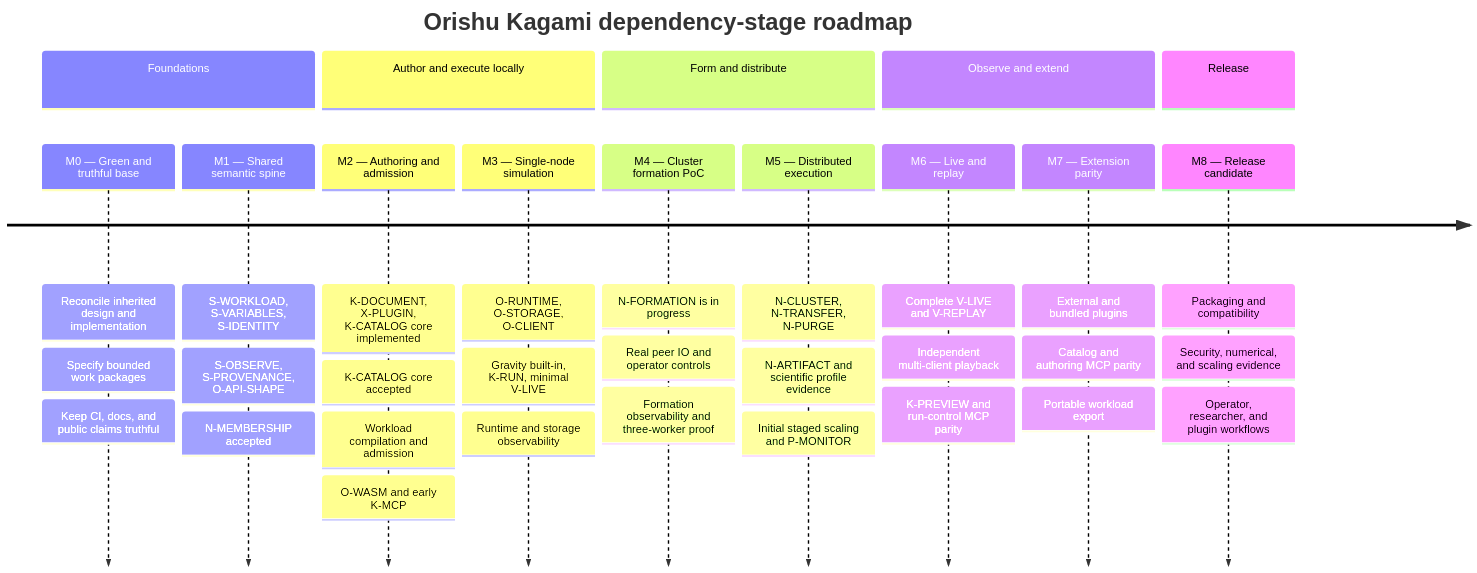
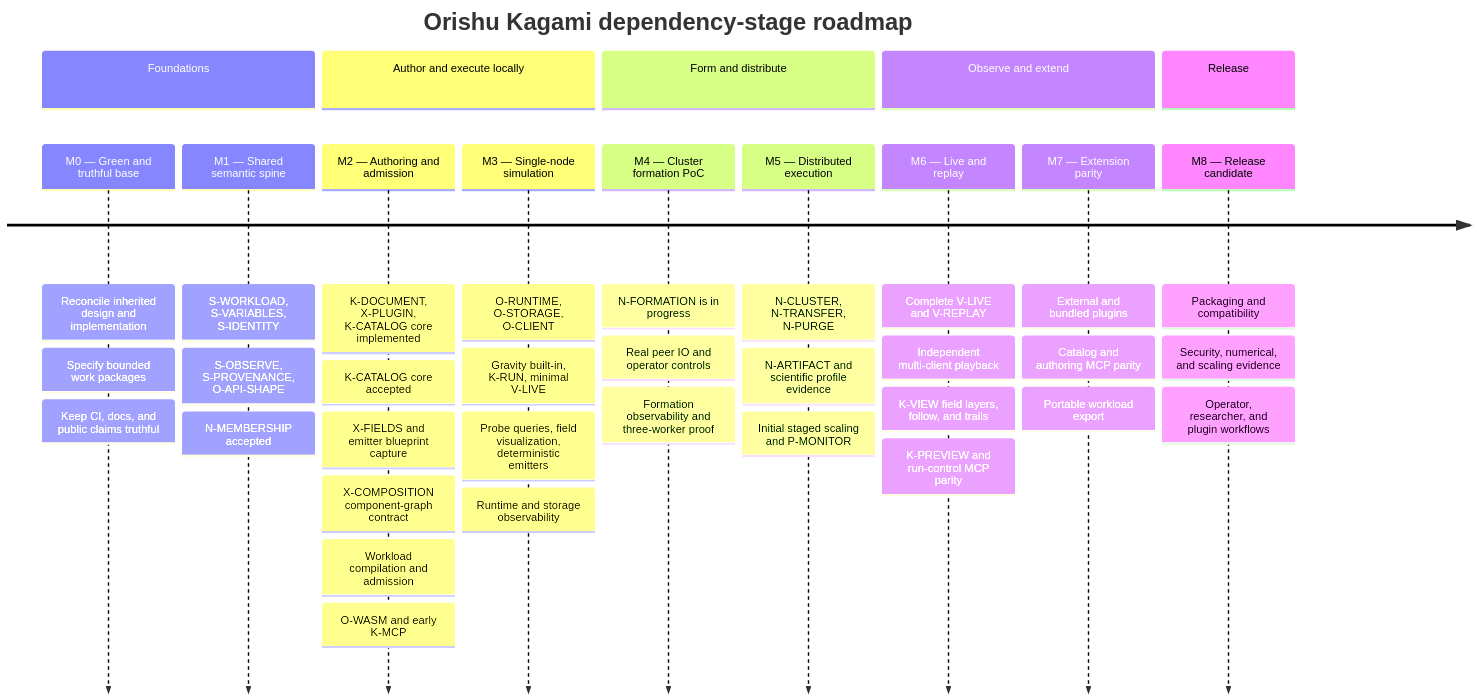
Before and after one commit to abbyssoul/orishu-kagami: the diagram in docs/roadmap/status-report.md, drawn with Mermaid. The commit also changed other lines of this file and 128 other files, not shown here.

````diff
--- a/docs/roadmap/status-report.md
+++ b/docs/roadmap/status-report.md
@@ -24,37 +24,41 @@
 ```mermaid
 timeline
     title Orishu Kagami dependency-stage roadmap
     section Foundations
       M0 — Green and truthful base : Reconcile inherited design and implementation
                                     : Specify bounded work packages
                                     : Keep CI, docs, and public claims truthful
       M1 — Shared semantic spine   : S-WORKLOAD, S-VARIABLES, S-IDENTITY
                                     : S-OBSERVE, S-PROVENANCE, O-API-SHAPE
                                     : N-MEMBERSHIP accepted
     section Author and execute locally
       M2 — Authoring and admission : K-DOCUMENT, X-PLUGIN, K-CATALOG core implemented
                                     : K-CATALOG core accepted
+                                    : X-FIELDS and emitter blueprint capture
+                                    : X-COMPOSITION component-graph contract
                                     : Workload compilation and admission
                                     : O-WASM and early K-MCP
       M3 — Single-node simulation  : O-RUNTIME, O-STORAGE, O-CLIENT
                                     : Gravity built-in, K-RUN, minimal V-LIVE
+                                    : Probe queries, field visualization, deterministic emitters
                                     : Runtime and storage observability
     section Form and distribute
       M4 — Cluster formation PoC   : N-FORMATION is in progress
                                     : Real peer IO and operator controls
                                     : Formation observability and three-worker proof
       M5 — Distributed execution  : N-CLUSTER, N-TRANSFER, N-PURGE
                                     : N-ARTIFACT and scientific profile evidence
                                     : Initial staged scaling and P-MONITOR
     section Observe and extend
       M6 — Live and replay         : Complete V-LIVE and V-REPLAY
                                     : Independent multi-client playback
+                                    : K-VIEW field layers, follow, and trails
                                     : K-PREVIEW and run-control MCP parity
       M7 — Extension parity       : External and bundled plugins
                                     : Catalog and authoring MCP parity
                                     : Portable workload export
     section Release
       M8 — Release candidate      : Packaging and compatibility
                                     : Security, numerical, and scaling evidence
                                     : Operator, researcher, and plugin workflows
 ```
````
